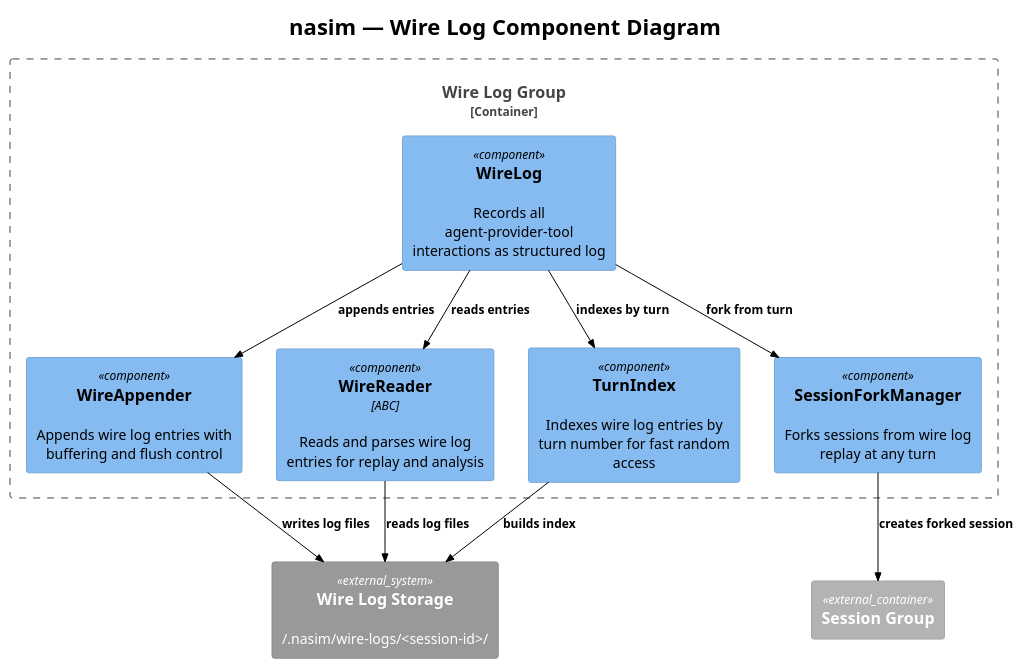
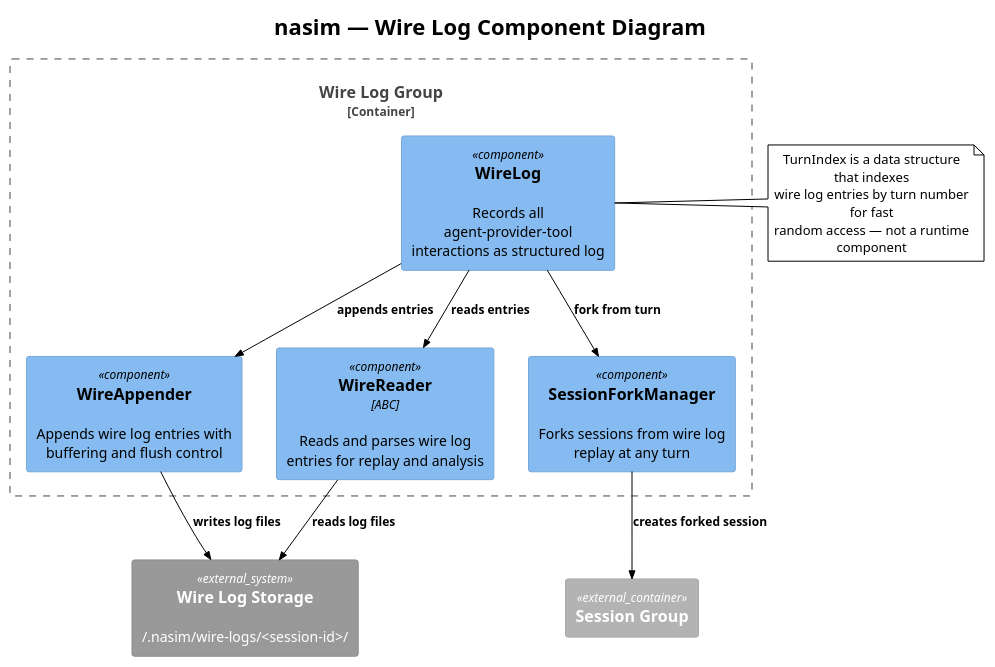
Before and after one commit to salimnamvar/nasim: diagram 21 of 24 in C4.md, drawn with PlantUML. The commit also changed other lines of this file and 18 other files, not shown here.

```diff
--- a/C4.md
+++ b/C4.md
@@ -1198,38 +1212,41 @@
 @startuml c4_nasim_component_wire_log
 !include https://raw.githubusercontent.com/plantuml-stdlib/C4-PlantUML/v2.10.0/C4_Component.puml
 !theme plain
 
 
 ' ============================================================
 ' Title:     nasim — Wire Log Component Diagram
 ' Boundary:  nasim core library — Wire Log group
 ' Purpose:   Agent-provider-tool interaction logging, replay, and session forking
 ' Milestone: v1.0
 ' Version:   6.0.0
 ' Source:    docs/audit/audit.2026.06.20.deep.domain.audit.md
 ' Review:    —
 ' ============================================================
 
 title nasim — Wire Log Component Diagram
 
 Container_Boundary(wire_log_boundary, "Wire Log Group") {
     Component(wire_log, "WireLog", "", "Records all agent-provider-tool interactions as structured log")
     Component(wire_appender, "WireAppender", "", "Appends wire log entries with buffering and flush control")
     Component(wire_reader, "WireReader", "ABC", "Reads and parses wire log entries for replay and analysis")
-    Component(turn_index, "TurnIndex", "", "Indexes wire log entries by turn number for fast random access")
     Component(session_fork_mgr, "SessionForkManager", "", "Forks sessions from wire log replay at any turn")
 }
+
+note right of wire_log
+  TurnIndex is a data structure that indexes
+  wire log entries by turn number for fast
+  random access — not a runtime component
+end note
 
 Container_Ext(session_group, "Session Group")
 System_Ext(wire_log_dir, "Wire Log Storage", "~/.nasim/wire-logs/<session-id>/")
 
 Rel(wire_log, wire_appender, "appends entries")
 Rel(wire_log, wire_reader, "reads entries")
-Rel(wire_log, turn_index, "indexes by turn")
 Rel(wire_log, session_fork_mgr, "fork from turn")
 Rel(wire_appender, wire_log_dir, "writes log files")
 Rel(wire_reader, wire_log_dir, "reads log files")
-Rel(turn_index, wire_log_dir, "builds index")
 Rel(session_fork_mgr, session_group, "creates forked session")
 
 @enduml
```
